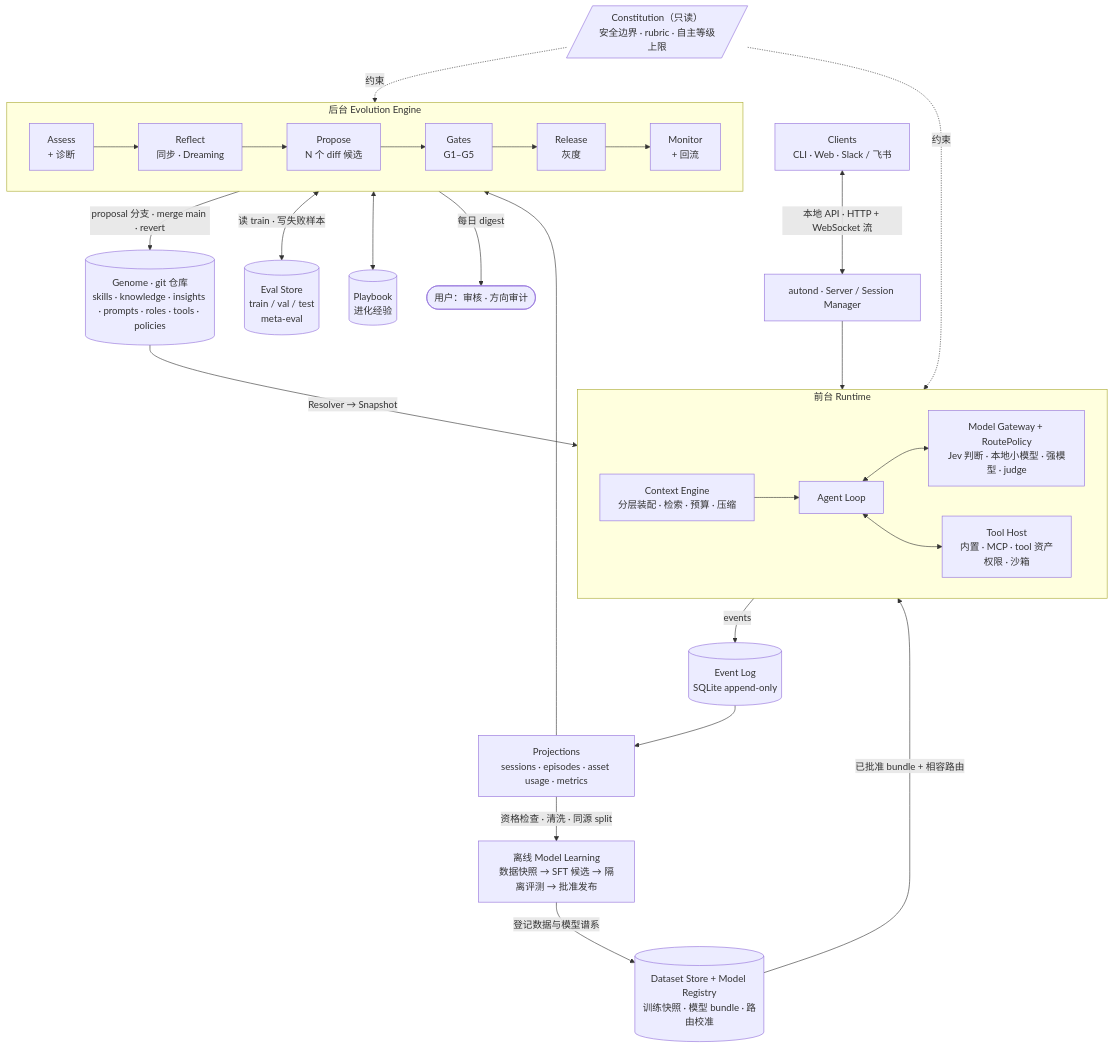
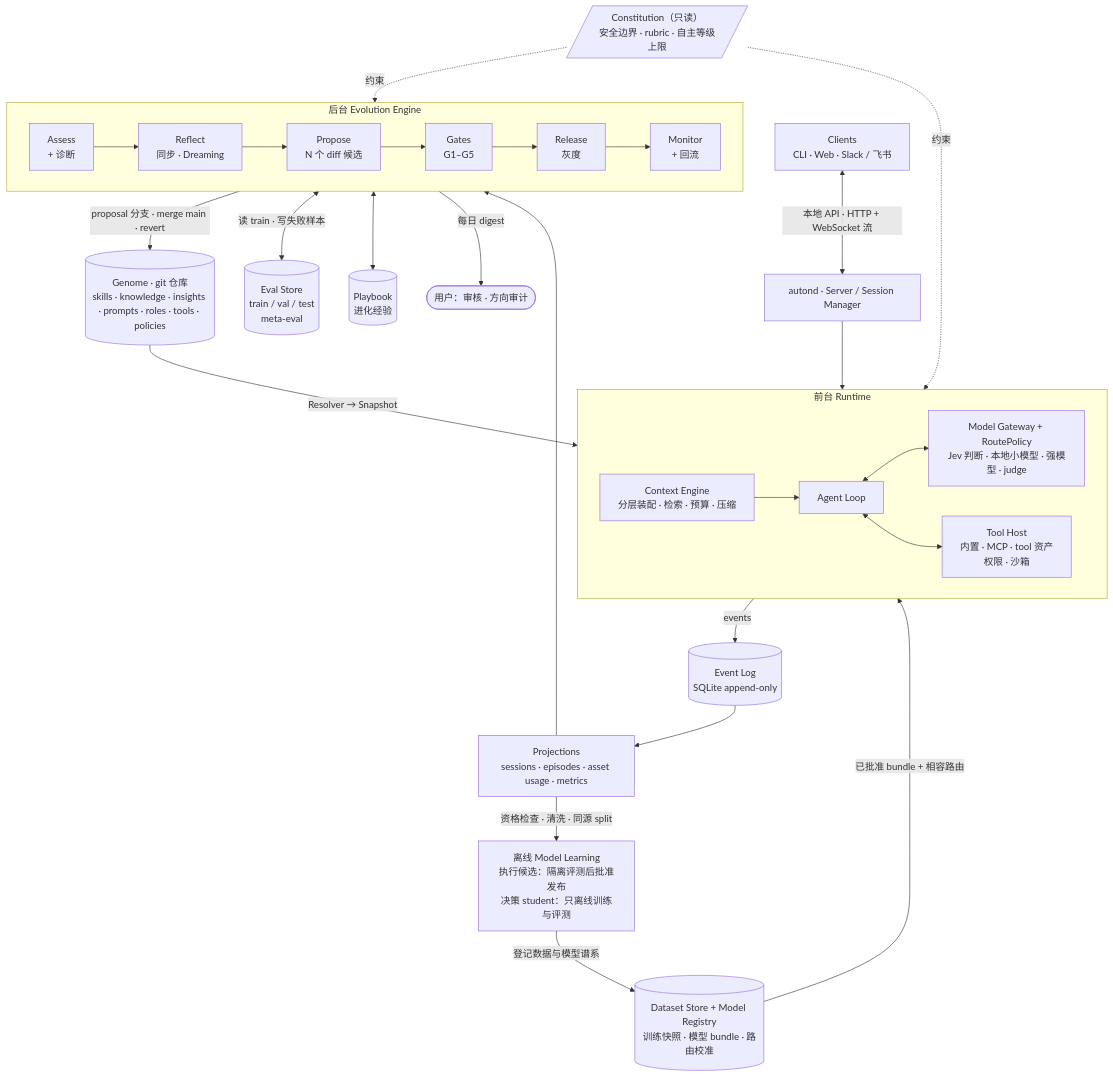
Before and after one commit to LB-Young/Auton: the first of 15 diagrams in docs/self-evolution-architecture.md, drawn with Mermaid. The commit also changed other lines of this file and 10 other files, not shown here.

````diff
--- a/docs/self-evolution-architecture.md
+++ b/docs/self-evolution-architecture.md
@@ -56,29 +57,29 @@
 ```mermaid
 flowchart TB
   CL["Clients<br/>CLI · Web · Slack / 飞书"] <-->|"本地 API · HTTP + WebSocket 流"| API["autond · Server / Session Manager"]
   API --> RT
   subgraph RT["前台 Runtime"]
     direction LR
     CE["Context Engine<br/>分层装配 · 检索 · 预算 · 压缩"] --> LOOP["Agent Loop"]
     LOOP <--> MG["Model Gateway + RoutePolicy<br/>Jev 判断 · 本地小模型 · 强模型 · judge"]
     LOOP <--> TH["Tool Host<br/>内置 · MCP · tool 资产<br/>权限 · 沙箱"]
   end
   RT -->|"events"| LOG[("Event Log<br/>SQLite append-only")]
   LOG --> PJ["Projections<br/>sessions · episodes · asset usage · metrics"]
   PJ --> EV
   subgraph EV["后台 Evolution Engine"]
     direction LR
     AS["Assess<br/>+ 诊断"] --> RF["Reflect<br/>同步 · Dreaming"] --> PR["Propose<br/>N 个 diff 候选"] --> GT["Gates<br/>G1–G5"] --> RL["Release<br/>灰度"] --> MO["Monitor<br/>+ 回流"]
   end
   EV -->|"proposal 分支 · merge main · revert"| G[("Genome · git 仓库<br/>skills · knowledge · insights · prompts · roles · tools · policies")]
   G -->|"Resolver → Snapshot"| RT
-  PJ -->|"资格检查 · 清洗 · 同源 split"| ML["离线 Model Learning<br/>数据快照 → SFT 候选 → 隔离评测 → 批准发布"]
+  PJ -->|"资格检查 · 清洗 · 同源 split"| ML["离线 Model Learning<br/>执行候选：隔离评测后批准发布<br/>决策 student：只离线训练与评测"]
   ML -->|"登记数据与模型谱系"| MS[("Dataset Store + Model Registry<br/>训练快照 · 模型 bundle · 路由校准")]
   MS -->|"已批准 bundle + 相容路由"| MG
   EV <-->|"读 train · 写失败样本"| ES[("Eval Store<br/>train / val / test<br/>meta-eval")]
   EV <--> PB[("Playbook<br/>进化经验")]
   EV -->|"每日 digest"| HU(["用户：审核 · 方向审计"])
   CON[/"Constitution（只读）<br/>安全边界 · rubric · 自主等级上限"/]
   CON -.->|约束| RT
   CON -.->|约束| EV
 ```
````
